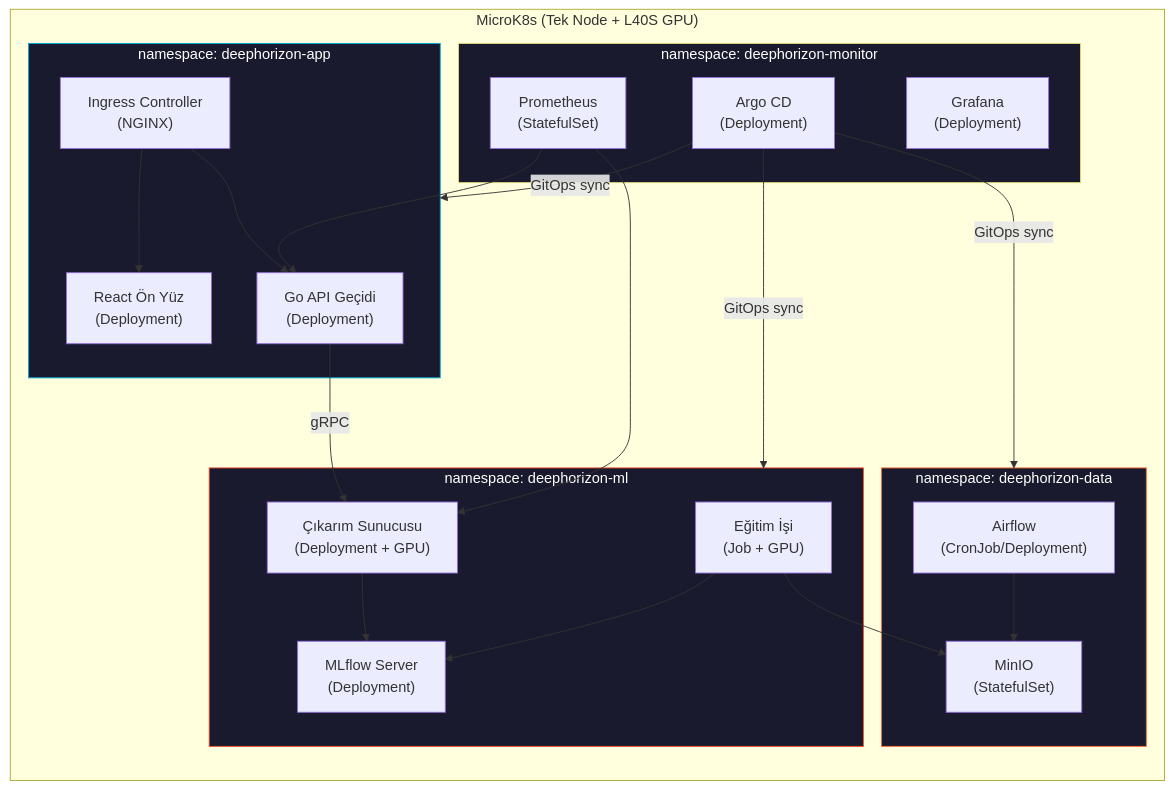
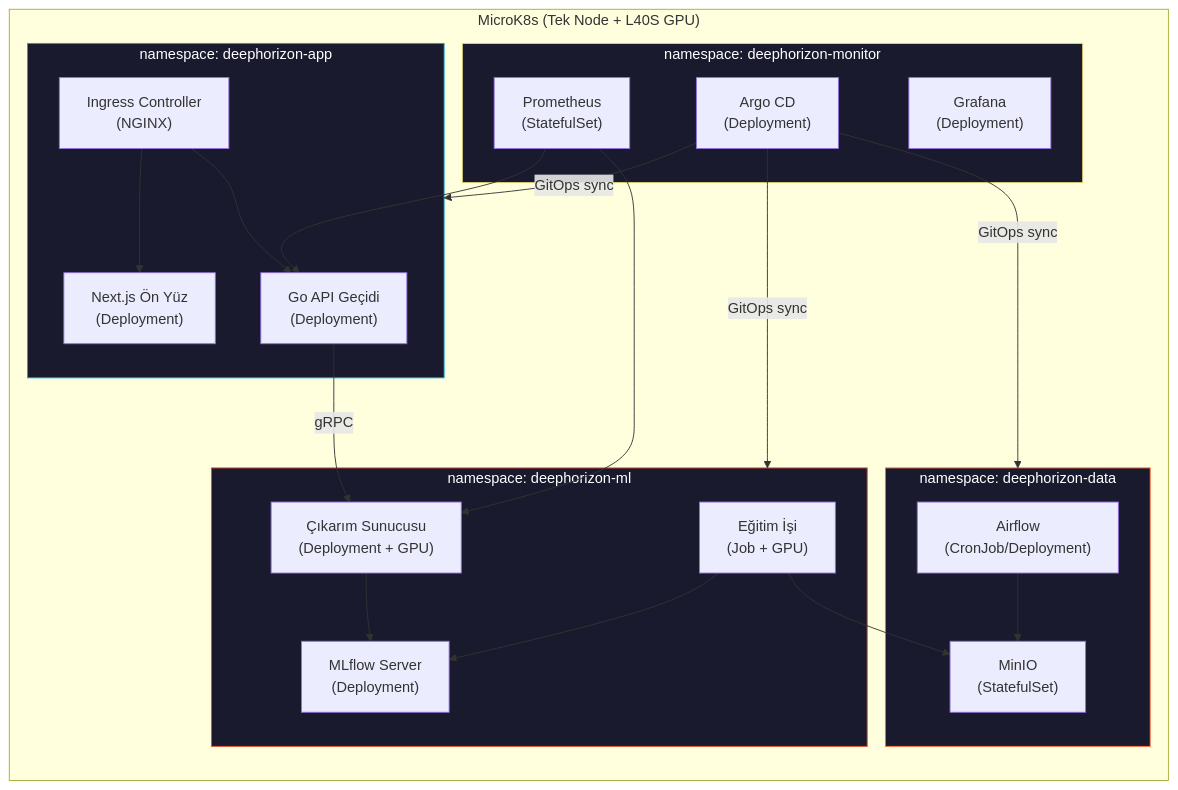
One commit to Octapull/deephorizon changed the third of 3 diagrams in README_TR.md. Above: the diagram before and after it, drawn with Mermaid. The commit also changed other lines of this file and 5 other files, not shown here.

First line of the commit message:
docs(frontend): switch from Vite/React-SPA to Next.js 15 + Tailwind 3

````diff
--- a/README_TR.md
+++ b/README_TR.md
@@ -945,47 +950,47 @@
 ```mermaid
 graph TB
     subgraph MicroK8s Node ["MicroK8s (Tek Node + L40S GPU)"]
         direction TB
 
         subgraph ns-data ["namespace: deephorizon-data"]
             airflow["Airflow\n(CronJob/Deployment)"]
             minio["MinIO\n(StatefulSet)"]
         end
 
         subgraph ns-ml ["namespace: deephorizon-ml"]
             train["Eğitim İşi\n(Job + GPU)"]
             mlflow["MLflow Server\n(Deployment)"]
             inference["Çıkarım Sunucusu\n(Deployment + GPU)"]
         end
 
         subgraph ns-app ["namespace: deephorizon-app"]
             api["Go API Geçidi\n(Deployment)"]
-            frontend["React Ön Yüz\n(Deployment)"]
+            frontend["Next.js Ön Yüz\n(Deployment)"]
             ingress["Ingress Controller\n(NGINX)"]
         end
 
         subgraph ns-monitor ["namespace: deephorizon-monitor"]
             prom["Prometheus\n(StatefulSet)"]
             grafana["Grafana\n(Deployment)"]
             argocd["Argo CD\n(Deployment)"]
         end
     end
 
     ingress --> frontend
     ingress --> api
     api -->|gRPC| inference
     inference --> mlflow
     train --> mlflow
     train --> minio
     airflow --> minio
     prom --> api
     prom --> inference
     argocd -->|GitOps sync| ns-data
     argocd -->|GitOps sync| ns-ml
     argocd -->|GitOps sync| ns-app
 
     style ns-data fill:#1a1a2e,stroke:#FF6B35,color:#fff
     style ns-ml fill:#1a1a2e,stroke:#EE4C2C,color:#fff
     style ns-app fill:#1a1a2e,stroke:#00ADD8,color:#fff
     style ns-monitor fill:#1a1a2e,stroke:#E6DB74,color:#fff
 ```
````
